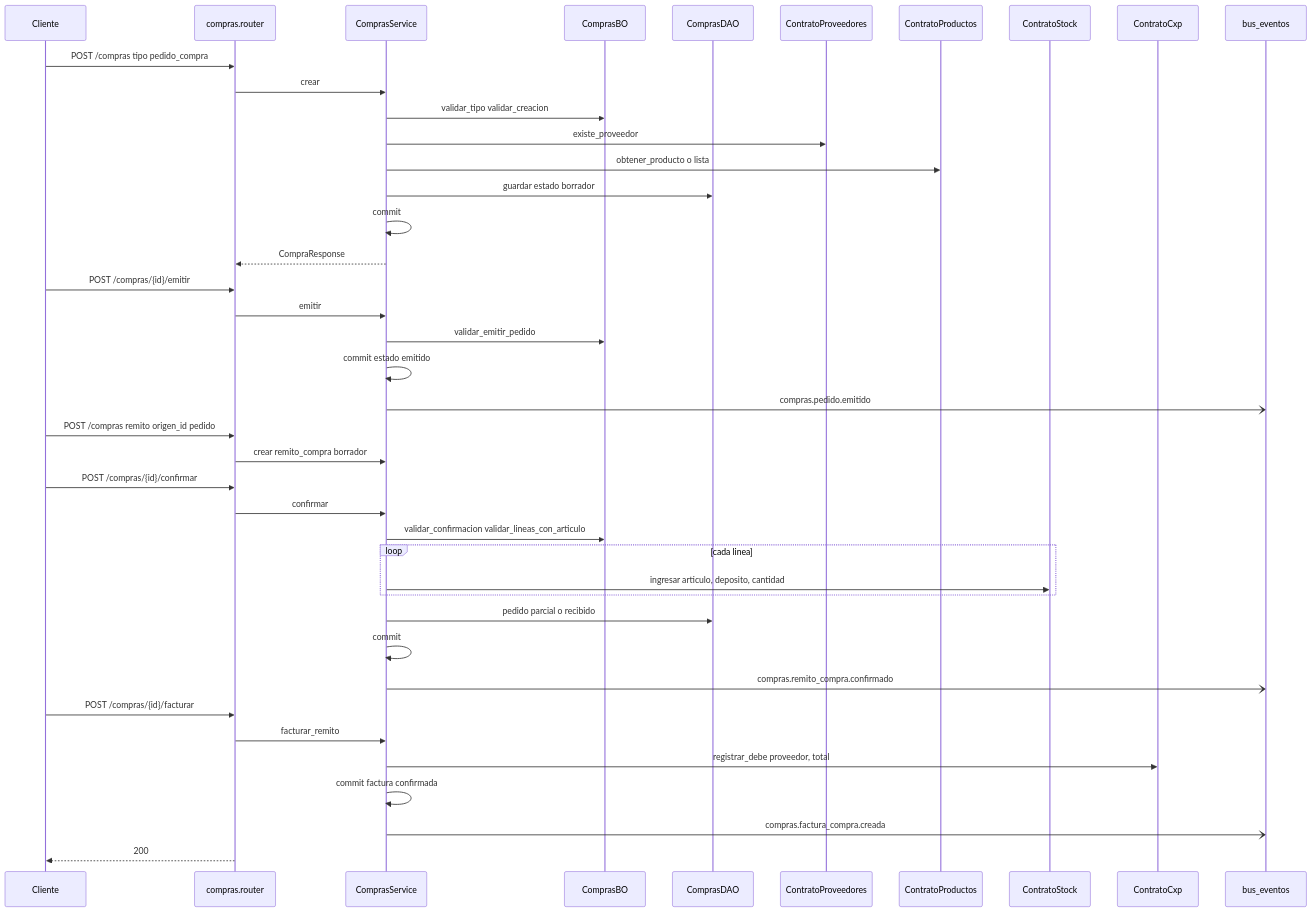
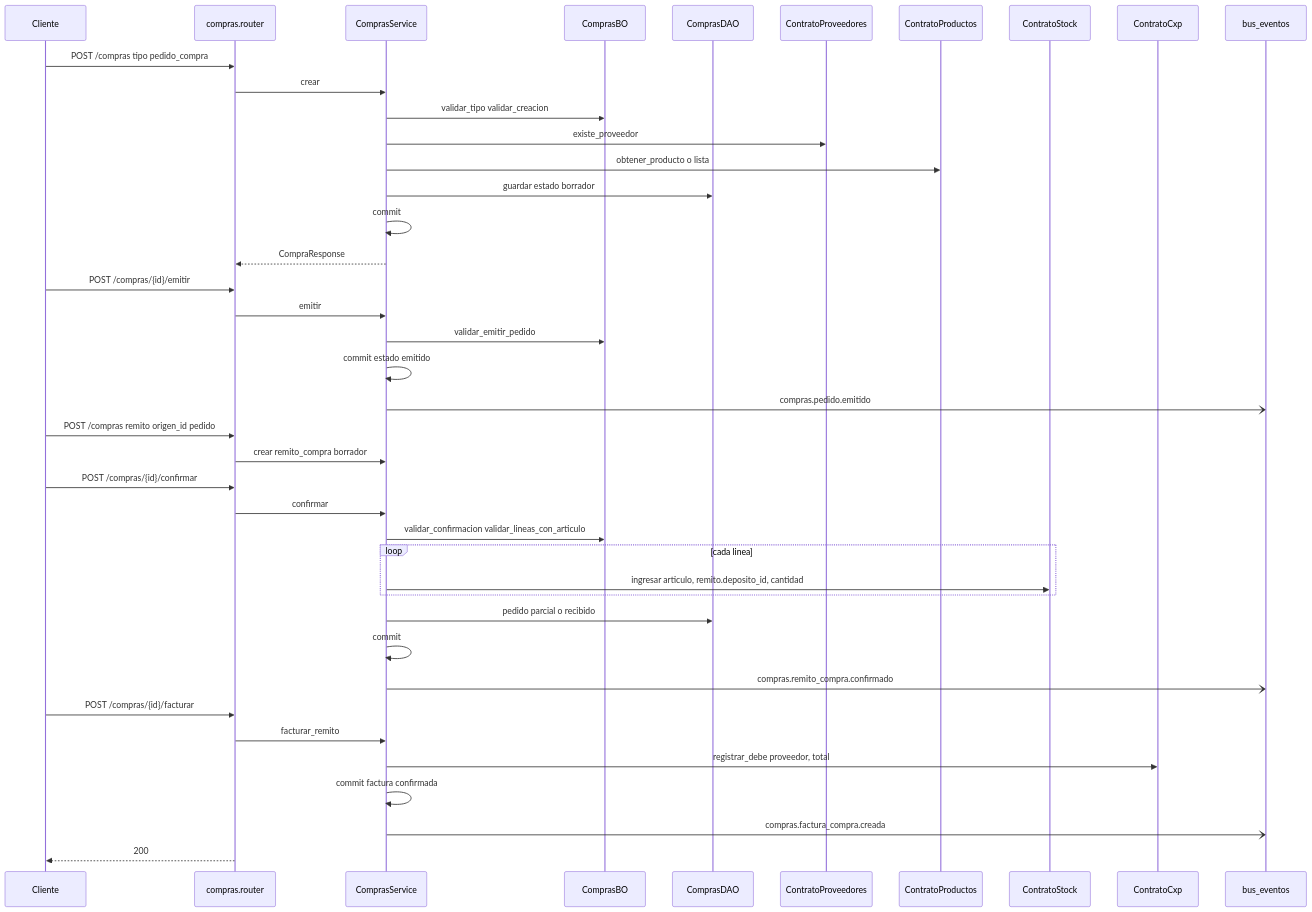
Before and after one commit to estsan3/ventas360-api: the first of 3 diagrams in docs/diagramas/compras.md, drawn with Mermaid. The commit also changed other lines of this file and 20 other files, not shown here.

First line of the commit message:
docs: diagramas de secuencia por módulo (sync 2026-09-22)

````diff
--- a/docs/diagramas/compras.md
+++ b/docs/diagramas/compras.md
@@ -80,47 +80,47 @@
 ```mermaid
 sequenceDiagram
     participant Cliente
     participant Router as compras.router
     participant Service as ComprasService
     participant BO as ComprasBO
     participant DAO as ComprasDAO
     participant Prov as ContratoProveedores
     participant Prod as ContratoProductos
     participant Stock as ContratoStock
     participant Cxp as ContratoCxp
     participant Bus as bus_eventos
 
     Cliente->>Router: POST /compras tipo pedido_compra
     Router->>Service: crear
     Service->>BO: validar_tipo validar_creacion
     Service->>Prov: existe_proveedor
     Service->>Prod: obtener_producto o lista
     Service->>DAO: guardar estado borrador
     Service->>Service: commit
     Service-->>Router: CompraResponse
 
     Cliente->>Router: POST /compras/{id}/emitir
     Router->>Service: emitir
     Service->>BO: validar_emitir_pedido
     Service->>Service: commit estado emitido
     Service-)Bus: compras.pedido.emitido
 
     Cliente->>Router: POST /compras remito origen_id pedido
     Router->>Service: crear remito_compra borrador
     Cliente->>Router: POST /compras/{id}/confirmar
     Router->>Service: confirmar
     Service->>BO: validar_confirmacion validar_lineas_con_articulo
     loop cada linea
-        Service->>Stock: ingresar articulo, deposito, cantidad
+        Service->>Stock: ingresar articulo, remito.deposito_id, cantidad
     end
     Service->>DAO: pedido parcial o recibido
     Service->>Service: commit
     Service-)Bus: compras.remito_compra.confirmado
 
     Cliente->>Router: POST /compras/{id}/facturar
     Router->>Service: facturar_remito
     Service->>Cxp: registrar_debe proveedor, total
     Service->>Service: commit factura confirmada
     Service-)Bus: compras.factura_compra.creada
     Router-->>Cliente: 200
 ```
````
